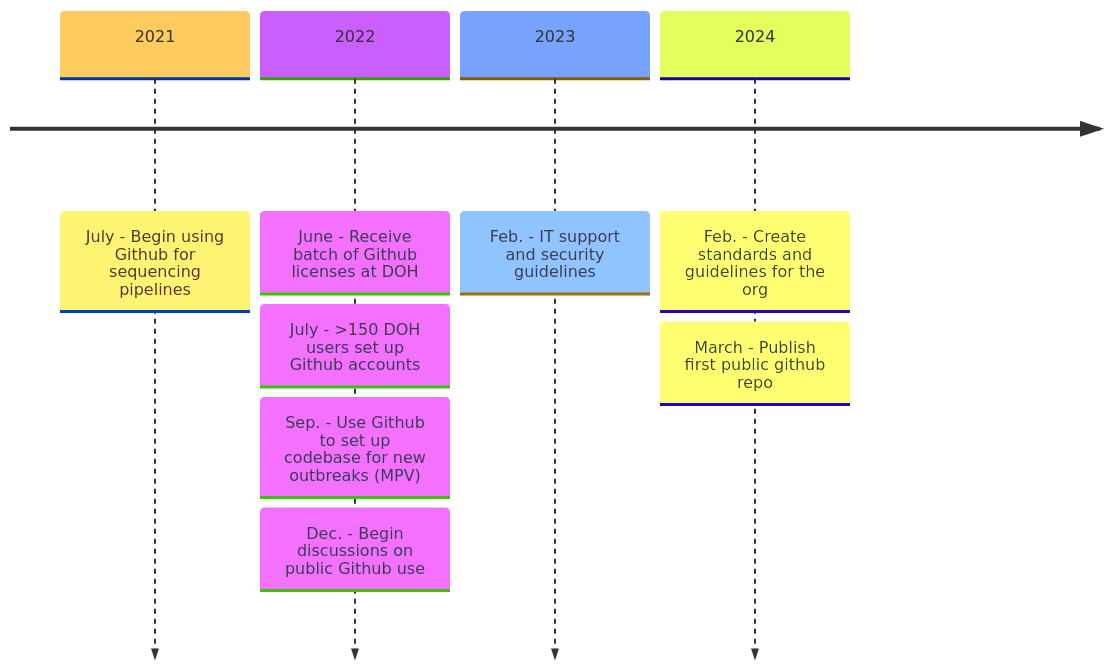
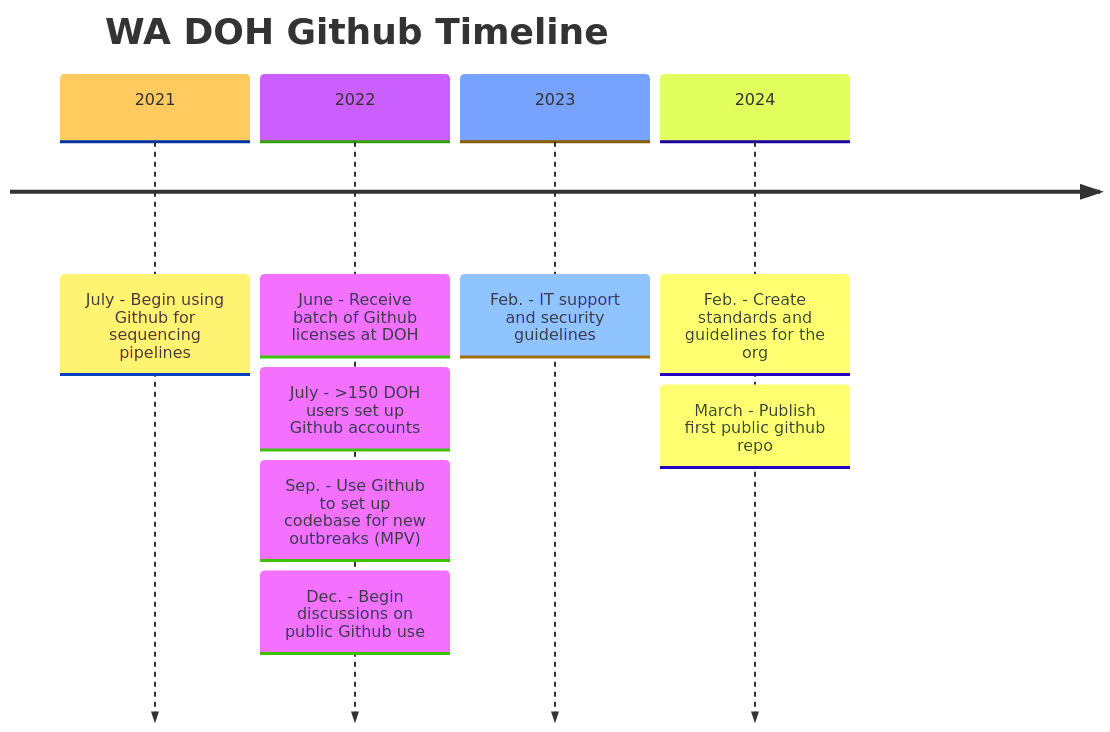
Before and after one commit to coe-test-org/public_gh_slides: the diagram in index.qmd, drawn with Mermaid. The commit also changed other lines of this file and 122 other files, not shown here.

````diff
--- a/index.qmd
+++ b/index.qmd
@@ -15,15 +15,15 @@
 ```{mermaid}
 %%| eval: true
 %%| echo: false
-%%| fig-height: 7
 %%{init: { 'logLevel': 'debug', 'theme': 'base' } }%%
 timeline
+      title WA DOH Github Timeline 
       2021 : July - Begin using Github for sequencing pipelines
       2022 : June - Receive batch of Github licenses at DOH
            : July - >150 DOH users set up Github accounts
            : Sep. - Use Github to set up codebase for new outbreaks (MPV)
            : Dec. - Begin discussions on public Github use
       2023 : Feb. - IT support and security guidelines
       2024 : Feb. - Create standards and guidelines for the org
            : March - Publish first public github repo
 ```
````
